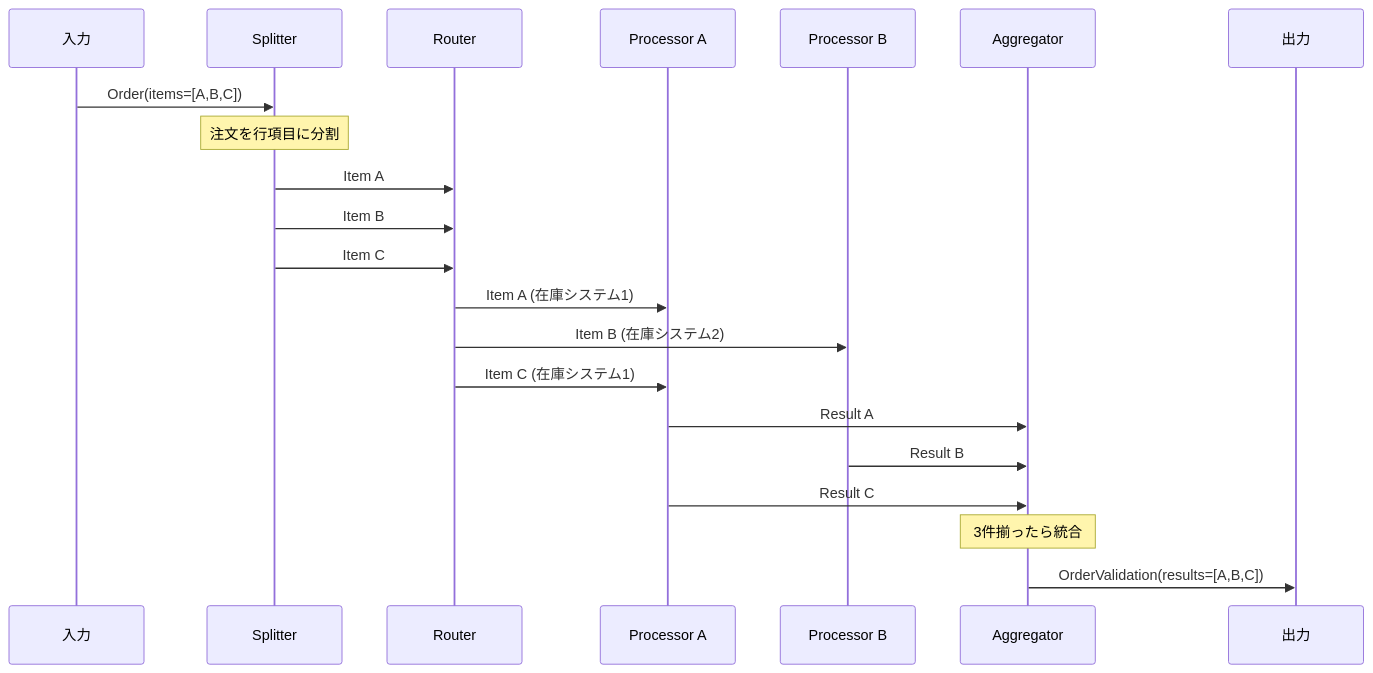
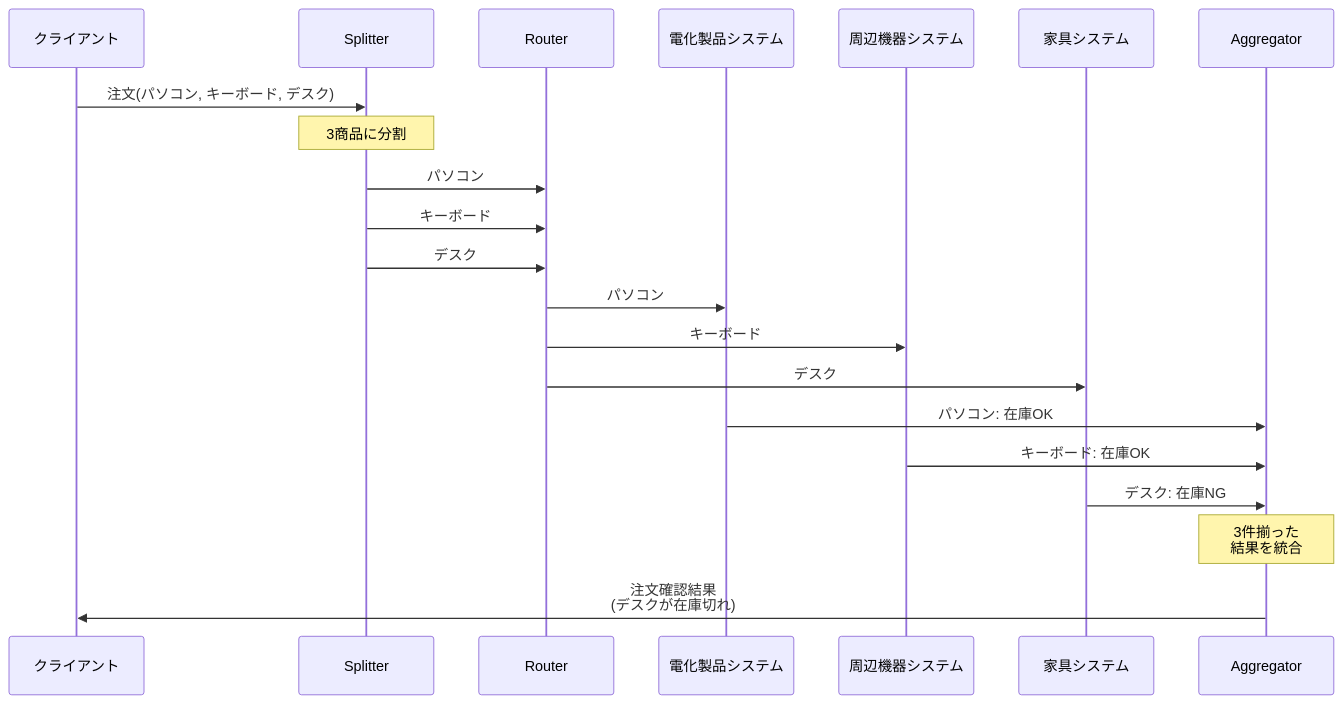
Before and after one commit to tomoikey/quartz: the fourth of 4 diagrams in content/programming/reactive_messaging_pattern/composed-routers/composed_message_processor.md, drawn with Mermaid. The commit also changed other lines of this file and 18 other files, not shown here.

````diff
--- a/content/programming/reactive_messaging_pattern/composed-routers/composed_message_processor.md
+++ b/content/programming/reactive_messaging_pattern/composed-routers/composed_message_processor.md
@@ -62,24 +112,28 @@
 ```mermaid
 sequenceDiagram
-    participant IN as 入力
+    participant CLIENT as クライアント
     participant SP as Splitter
     participant R as Router
-    participant P1 as Processor A
-    participant P2 as Processor B
+    participant E as 電化製品システム
+    participant P as 周辺機器システム
+    participant F as 家具システム
     participant AG as Aggregator
-    participant OUT as 出力
 
-    IN->>SP: Order(items=[A,B,C])
-    Note over SP: 注文を行項目に分割
-    SP->>R: Item A
-    SP->>R: Item B
-    SP->>R: Item C
-    R->>P1: Item A (在庫システム1)
-    R->>P2: Item B (在庫システム2)
-    R->>P1: Item C (在庫システム1)
-    P1->>AG: Result A
-    P2->>AG: Result B
-    P1->>AG: Result C
-    Note over AG: 3件揃ったら統合
-    AG->>OUT: OrderValidation(results=[A,B,C])
+    CLIENT->>SP: 注文(パソコン, キーボード, デスク)
+    Note over SP: 3商品に分割
+
+    SP->>R: パソコン
+    SP->>R: キーボード
+    SP->>R: デスク
+
+    R->>E: パソコン
+    R->>P: キーボード
+    R->>F: デスク
+
+    E->>AG: パソコン: 在庫OK
+    P->>AG: キーボード: 在庫OK
+    F->>AG: デスク: 在庫NG
+
+    Note over AG: 3件揃った<br/>結果を統合
+    AG->>CLIENT: 注文確認結果<br/>(デスクが在庫切れ)
 ```
````
